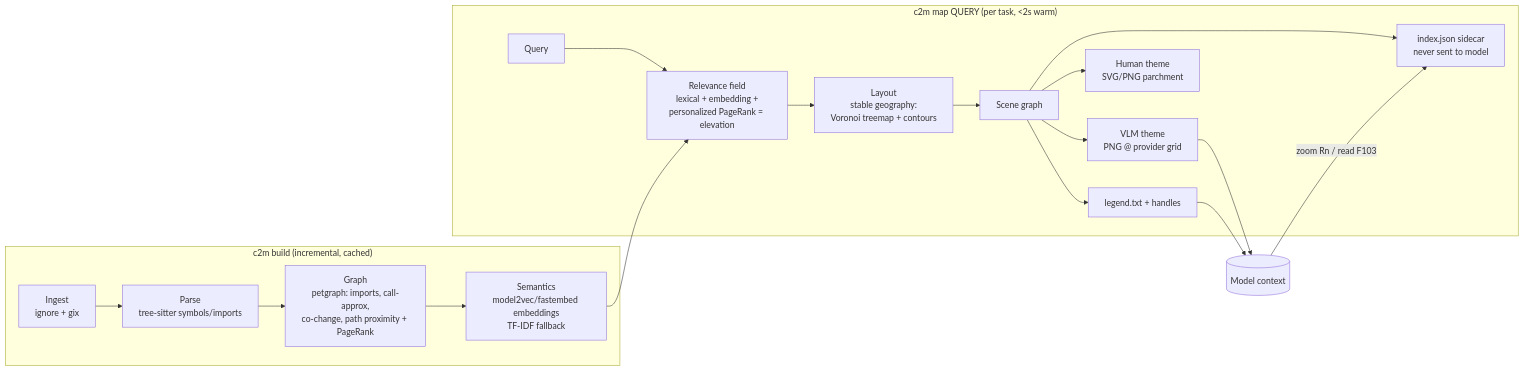
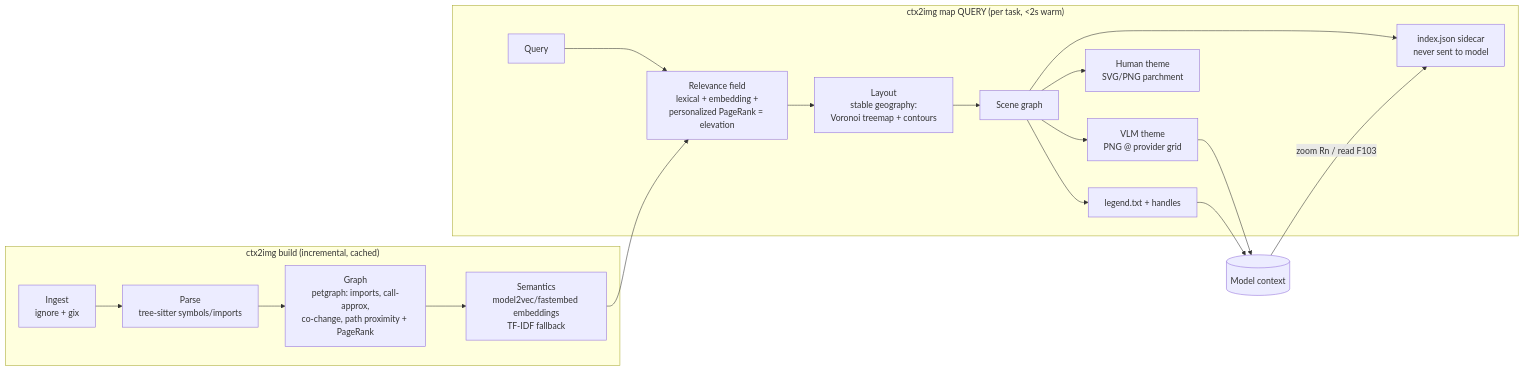
The diagram in docs/DESIGN.md (h5i-dev/h5i-context2map), drawn with Mermaid before and after one commit. The commit also changed other lines of this file and 89 other files, not shown here.

````diff
--- a/docs/DESIGN.md
+++ b/docs/DESIGN.md
@@ -179,20 +179,20 @@
 ```mermaid
 flowchart LR
-    subgraph index["c2m build (incremental, cached)"]
+    subgraph index["ctx2img build (incremental, cached)"]
         A[Ingest<br/>ignore + gix] --> B[Parse<br/>tree-sitter symbols/imports]
         B --> C[Graph<br/>petgraph: imports, call-approx,<br/>co-change, path proximity + PageRank]
         C --> D[Semantics<br/>model2vec/fastembed embeddings<br/>TF-IDF fallback]
     end
-    subgraph render["c2m map QUERY (per task, <2s warm)"]
+    subgraph render["ctx2img map QUERY (per task, <2s warm)"]
         Q[Query] --> E[Relevance field<br/>lexical + embedding +<br/>personalized PageRank = elevation]
         D --> E
         E --> F[Layout<br/>stable geography:<br/>Voronoi treemap + contours]
         F --> G[Scene graph]
         G --> H1[VLM theme<br/>PNG @ provider grid]
         G --> H2[Human theme<br/>SVG/PNG parchment]
         G --> I[legend.txt + handles]
         G --> J[index.json sidecar<br/>never sent to model]
     end
     H1 & I --> K[(Model context)]
     K -- "zoom Rn / read F103" --> J
 ```
````
